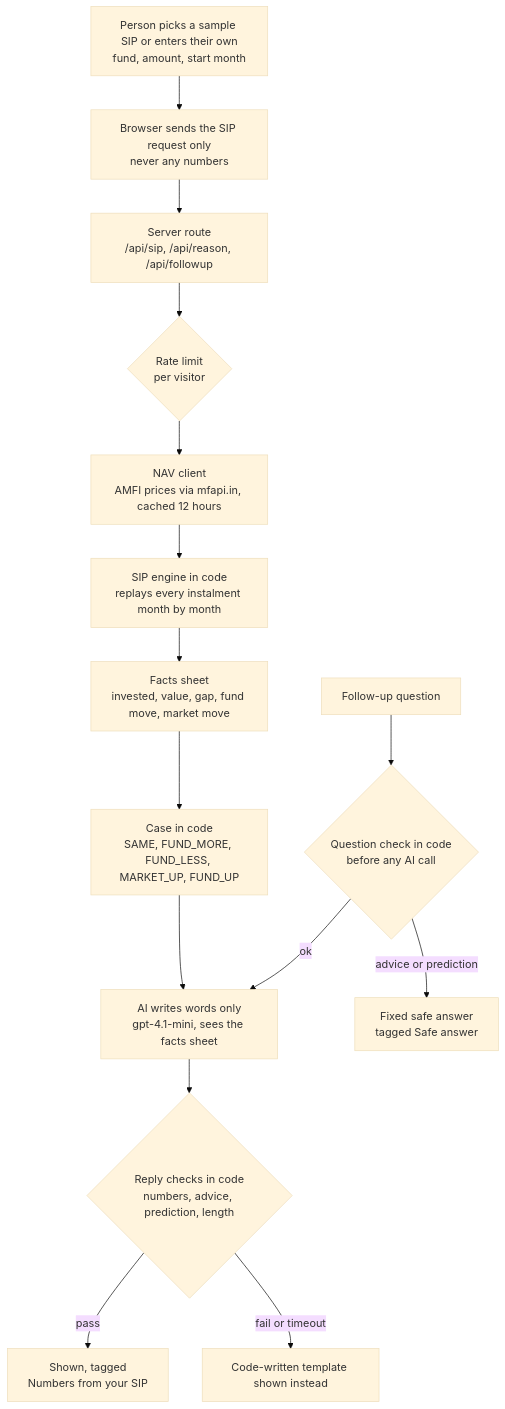
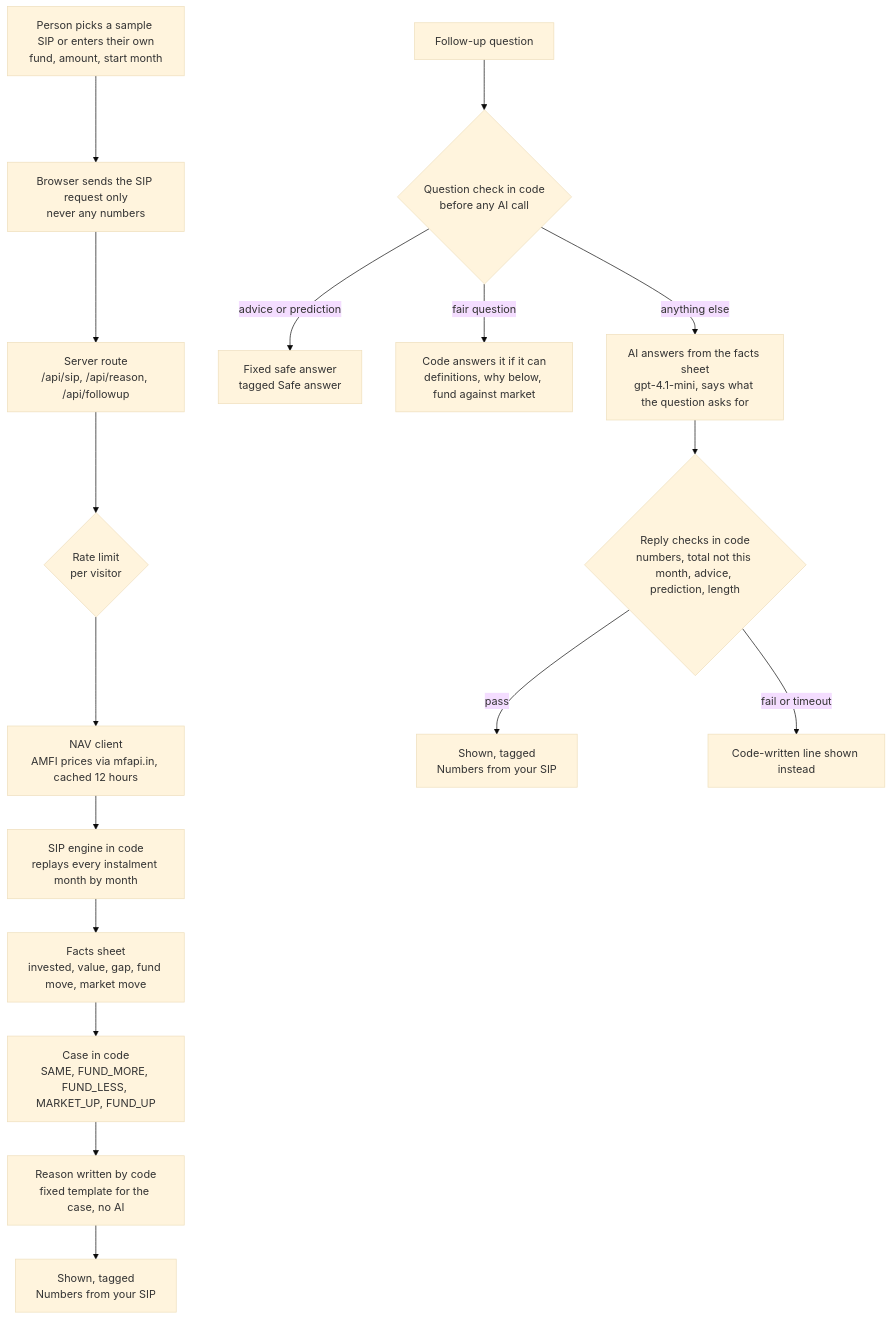
The diagram in docs/ARCHITECTURE.md (Rohit9252/sip-ai-mvp), drawn with Mermaid (base theme) before and after one commit. The commit also changed other lines of this file and 7 other files, not shown here.

Commit message:
Eval version 4, review notes, ADR-0008, docs for the code-written reason

````diff
--- a/docs/ARCHITECTURE.md
+++ b/docs/ARCHITECTURE.md
@@ -7,17 +7,19 @@
 ```mermaid
 flowchart TD
     U[Person picks a sample SIP or enters their own<br/>fund, amount, start month] --> B[Browser sends the SIP request only<br/>never any numbers]
     B --> R[Server route<br/>/api/sip, /api/reason, /api/followup]
     R --> RL{Rate limit<br/>per visitor}
     RL --> N[NAV client<br/>AMFI prices via mfapi.in, cached 12 hours]
     N --> S[SIP engine in code<br/>replays every instalment month by month]
     S --> F[Facts sheet<br/>invested, value, gap, fund move, market move]
     F --> C[Case in code<br/>SAME, FUND_MORE, FUND_LESS, MARKET_UP, FUND_UP]
-    C --> AI[AI writes words only<br/>gpt-4.1-mini, sees the facts sheet]
-    AI --> G{Reply checks in code<br/>numbers, advice, prediction, length}
-    G -- pass --> OK[Shown, tagged<br/>Numbers from your SIP]
-    G -- fail or timeout --> T[Code-written template shown instead]
+    C --> RS[Reason written by code<br/>fixed template for the case, no AI]
+    RS --> OK[Shown, tagged<br/>Numbers from your SIP]
     Q[Follow-up question] --> QG{Question check in code<br/>before any AI call}
     QG -- advice or prediction --> SAFE[Fixed safe answer<br/>tagged Safe answer]
-    QG -- ok --> AI
+    QG -- fair question --> CA[Code answers it if it can<br/>definitions, why below, fund against market]
+    QG -- anything else --> AI[AI answers from the facts sheet<br/>gpt-4.1-mini, says what the question asks for]
+    AI --> G{Reply checks in code<br/>numbers, total not this month, advice, prediction, length}
+    G -- pass --> OK2[Shown, tagged<br/>Numbers from your SIP]
+    G -- fail or timeout --> T[Code-written line shown instead]
 ```
````
